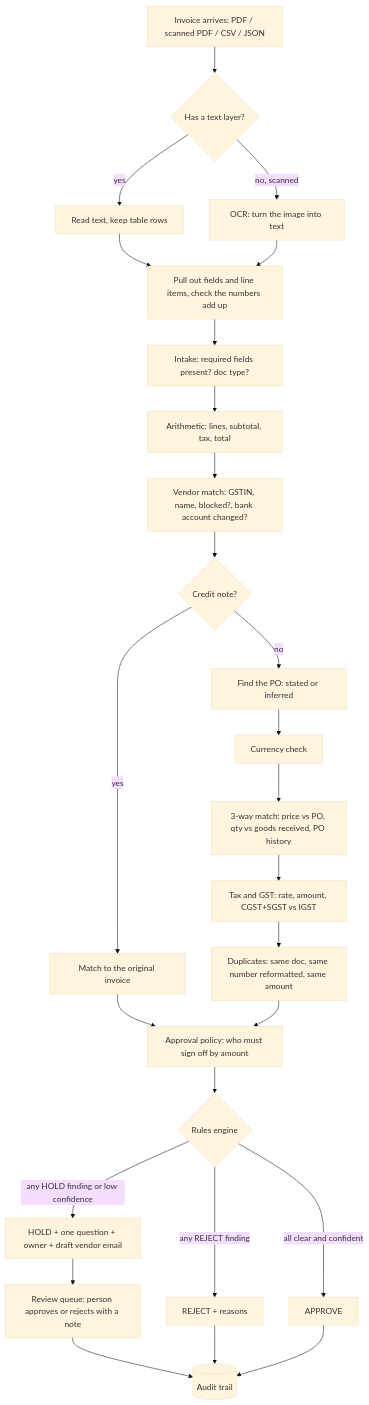
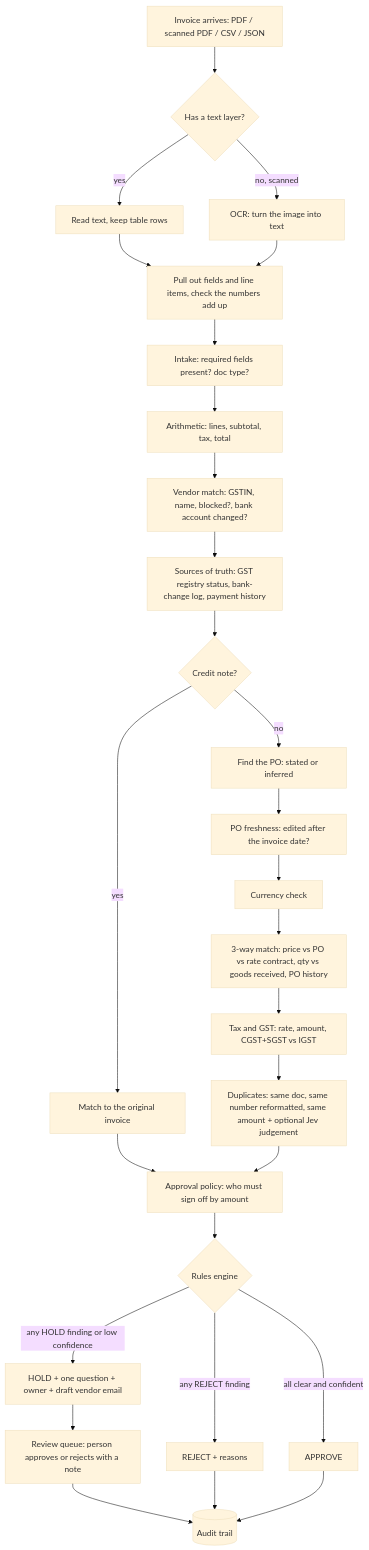
The first of 11 diagrams in docs/ARCHITECTURE.md (selvin-paul-raj/zamp-ps1-invoice), drawn with Mermaid (base theme) before and after one commit. The commit also changed other lines of this file and 10 other files, not shown here.

Commit message:
Docs: EVALS.md (Jev vs rules-only, calibration, cost), architecture (sources of truth + evidence model, Jev flow, production switches), README, Loom script, runbook; replay hash keeps option order (self-consistency now real in replay); re-recorded live Jev answers

````diff
--- a/docs/ARCHITECTURE.md
+++ b/docs/ARCHITECTURE.md
@@ -13,28 +15,30 @@
 ```mermaid
 flowchart TD
     A[Invoice arrives: PDF / scanned PDF / CSV / JSON] --> B{Has a text layer?}
     B -- yes --> C[Read text, keep table rows]
     B -- no, scanned --> D[OCR: turn the image into text]
     C --> E[Pull out fields and line items, check the numbers add up]
     D --> E
     E --> F[Intake: required fields present? doc type?]
     F --> G[Arithmetic: lines, subtotal, tax, total]
     G --> H[Vendor match: GSTIN, name, blocked?, bank account changed?]
-    H --> I{Credit note?}
+    H --> H2[Sources of truth: GST registry status, bank-change log, payment history]
+    H2 --> I{Credit note?}
     I -- no --> J[Find the PO: stated or inferred]
-    J --> K[Currency check]
-    K --> L[3-way match: price vs PO, qty vs goods received, PO history]
+    J --> J2[PO freshness: edited after the invoice date?]
+    J2 --> K[Currency check]
+    K --> L[3-way match: price vs PO vs rate contract, qty vs goods received, PO history]
     L --> M[Tax and GST: rate, amount, CGST+SGST vs IGST]
-    M --> N[Duplicates: same doc, same number reformatted, same amount]
+    M --> N[Duplicates: same doc, same number reformatted, same amount + optional Jev judgement]
     I -- yes --> CN[Match to the original invoice]
     CN --> P
     N --> P[Approval policy: who must sign off by amount]
     P --> Q{Rules engine}
     Q -- any REJECT finding --> R[REJECT + reasons]
     Q -- any HOLD finding or low confidence --> S[HOLD + one question + owner + draft vendor email]
     Q -- all clear and confident --> T[APPROVE]
     S --> U[Review queue: person approves or rejects with a note]
     U --> V[(Audit trail)]
     R --> V
     T --> V
 ```
````
